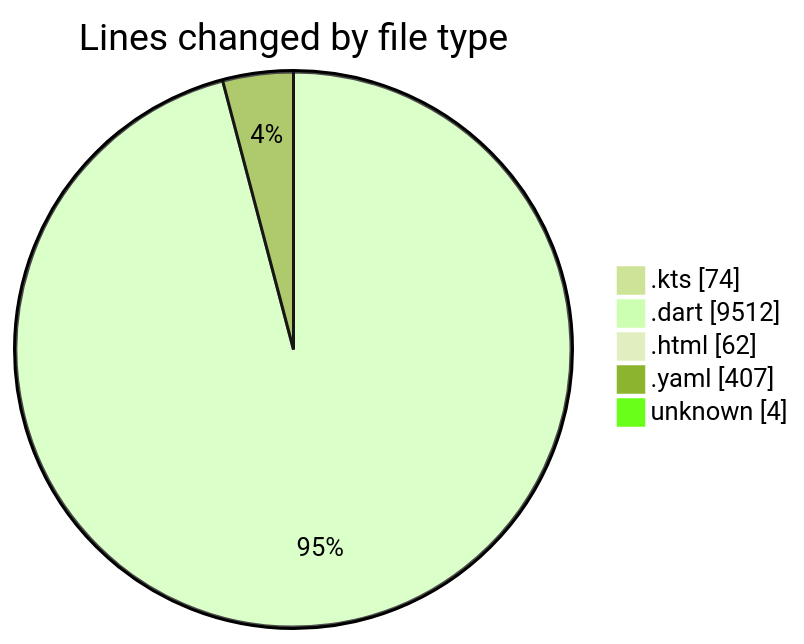
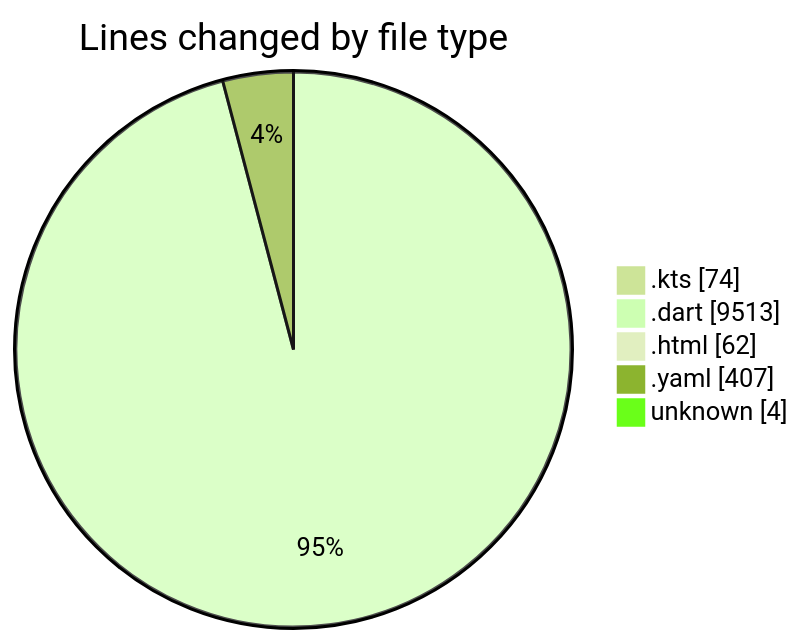
Before and after one commit to lephambinh05/code-tracking: the first of 2 diagrams in 2025-08-03/studybuddy/README.md, drawn with Mermaid (forest theme). The commit also changed other lines of this file and 1 other file, not shown here.

````diff
--- a/2025-08-03/studybuddy/README.md
+++ b/2025-08-03/studybuddy/README.md
@@ -58,9 +58,9 @@
 ```mermaid
 pie showData
 title Lines changed by file type
 ".kts" : 74
-".dart" : 9512
+".dart" : 9513
 ".html" : 62
 ".yaml" : 407
 "unknown" : 4
 ```
````
